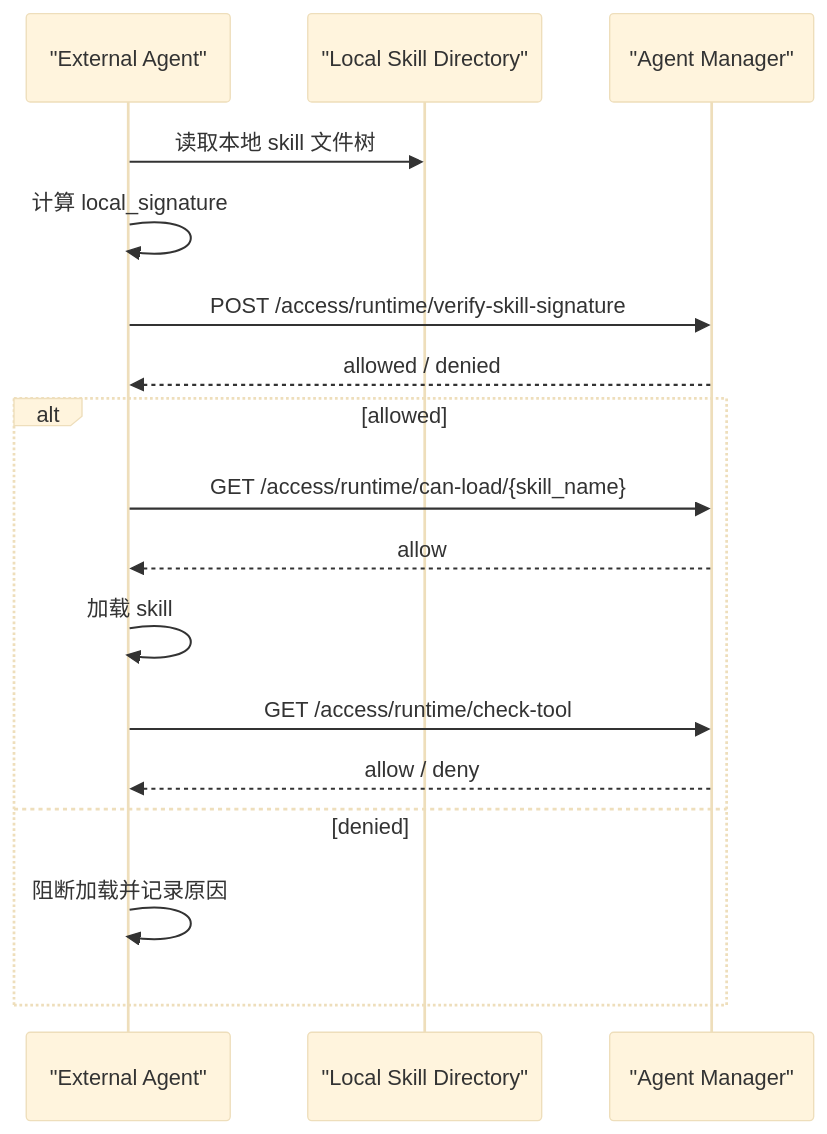
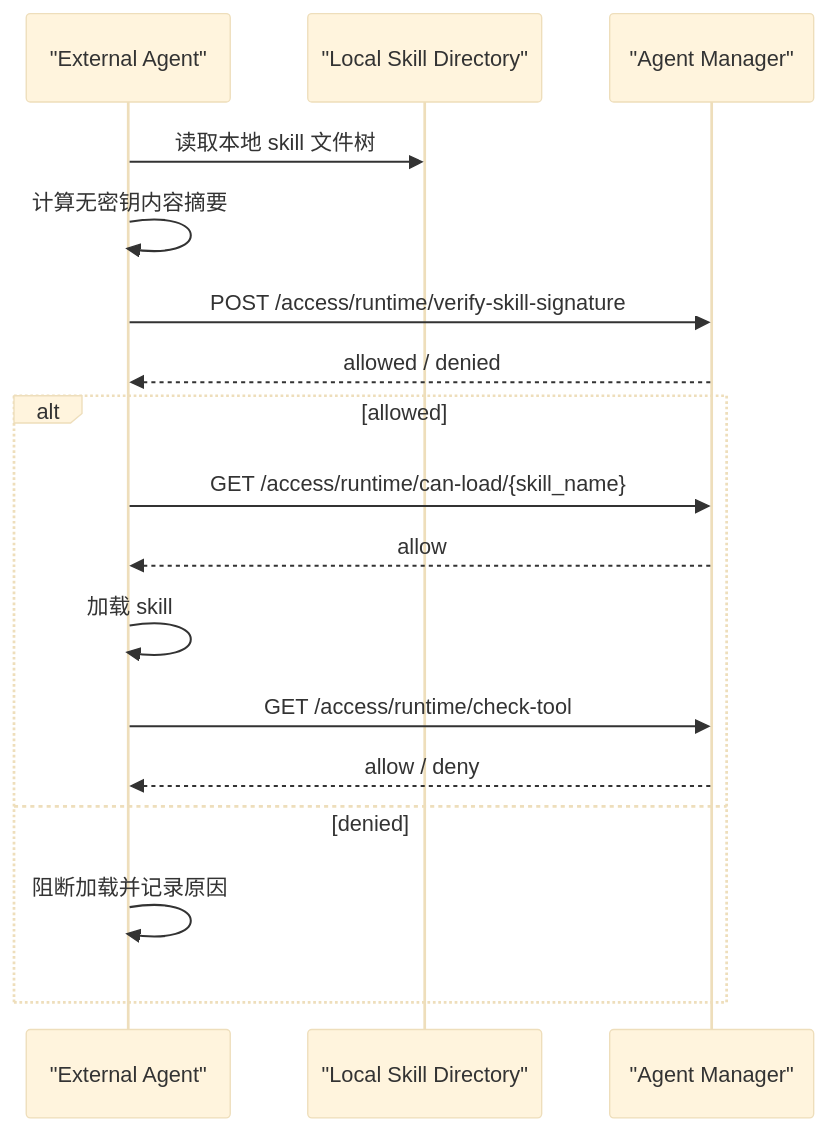
One commit to HuangLuGuang/skill-manager changed the diagram in docs/agent-signature-verification.md. Above: the diagram before and after it, drawn with Mermaid (base theme). The commit also changed other lines of this file and 58 other files, not shown here.

````diff
--- a/docs/agent-signature-verification.md
+++ b/docs/agent-signature-verification.md
@@ -149,20 +158,20 @@
 ```mermaid
 sequenceDiagram
     participant AG as "External Agent"
     participant FS as "Local Skill Directory"
     participant SM as "Agent Manager"
 
     AG->>FS: 读取本地 skill 文件树
-    AG->>AG: 计算 local_signature
+    AG->>AG: 计算无密钥内容摘要
     AG->>SM: POST /access/runtime/verify-skill-signature
     SM-->>AG: allowed / denied
     alt allowed
         AG->>SM: GET /access/runtime/can-load/{skill_name}
         SM-->>AG: allow
         AG->>AG: 加载 skill
         AG->>SM: GET /access/runtime/check-tool
         SM-->>AG: allow / deny
     else denied
         AG->>AG: 阻断加载并记录原因
     end
 ```
````
